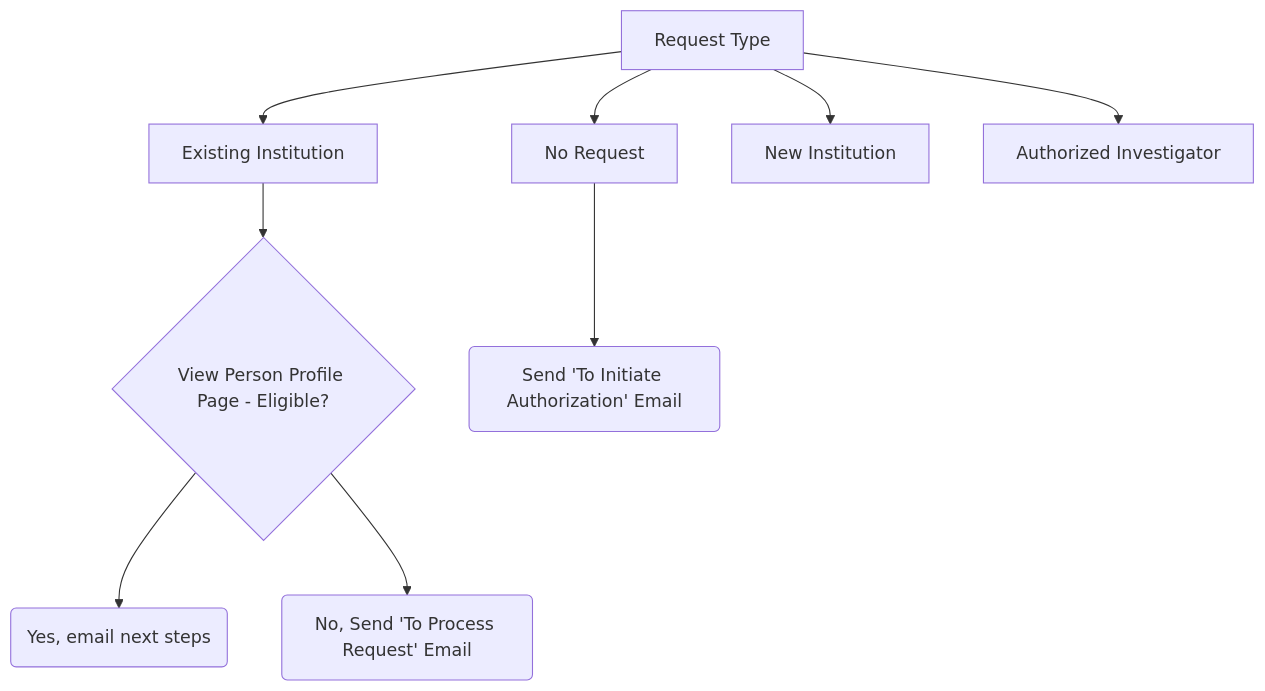
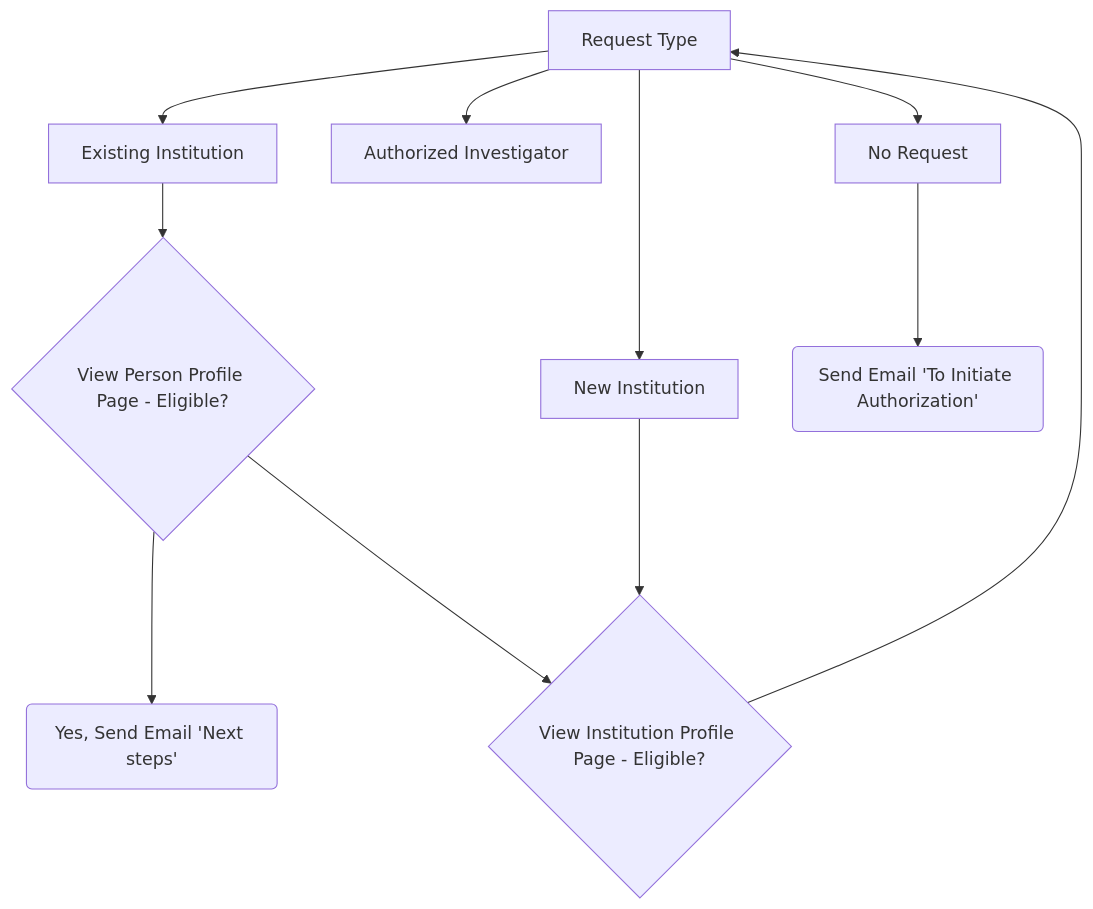
The second of 2 diagrams in src/admin/flowcharts.qmd (databrary/guide), drawn with Mermaid before and after one commit. The commit also changed other lines of this file and 88 other files, not shown here.

Commit message:
update flowchart

````diff
--- a/src/admin/flowcharts.qmd
+++ b/src/admin/flowcharts.qmd
@@ -21,8 +21,10 @@
 ```{mermaid}
 flowchart
-  A[Request Type] --> B[Existing Institution] --> G{View Person Profile Page - Eligible? } --> H(Yes, email next steps)
-  G --> I(No, Send 'To Process Request' Email)
-  A --> C[No Request] --> F(Send 'To Initiate Authorization' Email)
-  A --> D[New Institution]
-  A --> E[Authorized Investigator]
+  A[Request Type] --> B[Existing Institution] --> G{View Person Profile Page - Eligible? } --> H(Yes, Send Email 'Next steps')
+  G --> I(No, Send Email 'To Process Request')
+ A --> C[New Institution] --> I{View Institution Profile Page - Eligible?} --> 
+ A --> D[Authorized Investigator]
+ A --> E[No Request] --> F(Send Email 'To Initiate Authorization')
+  
+  
 ```
````
